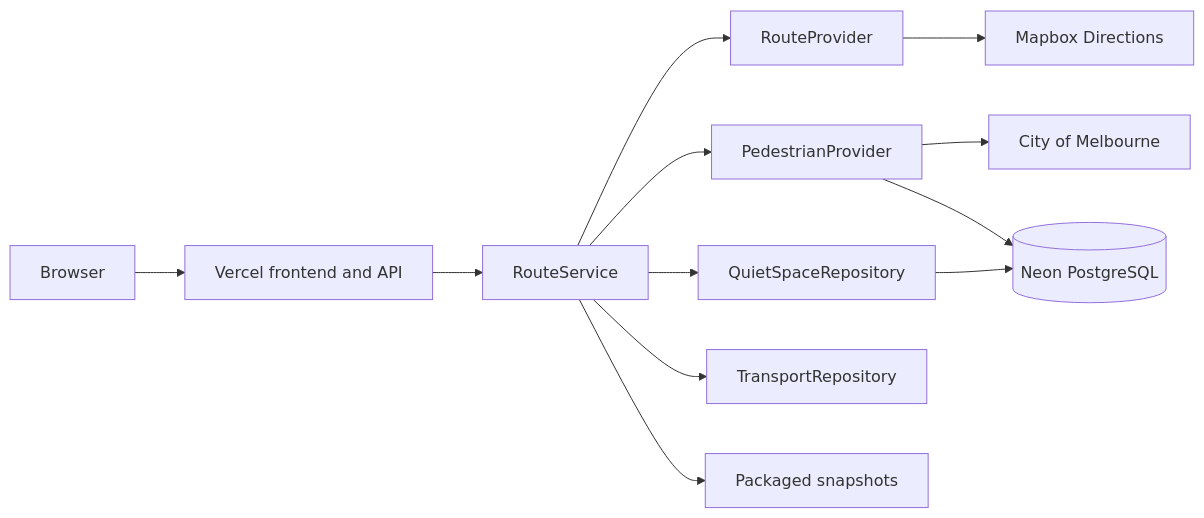
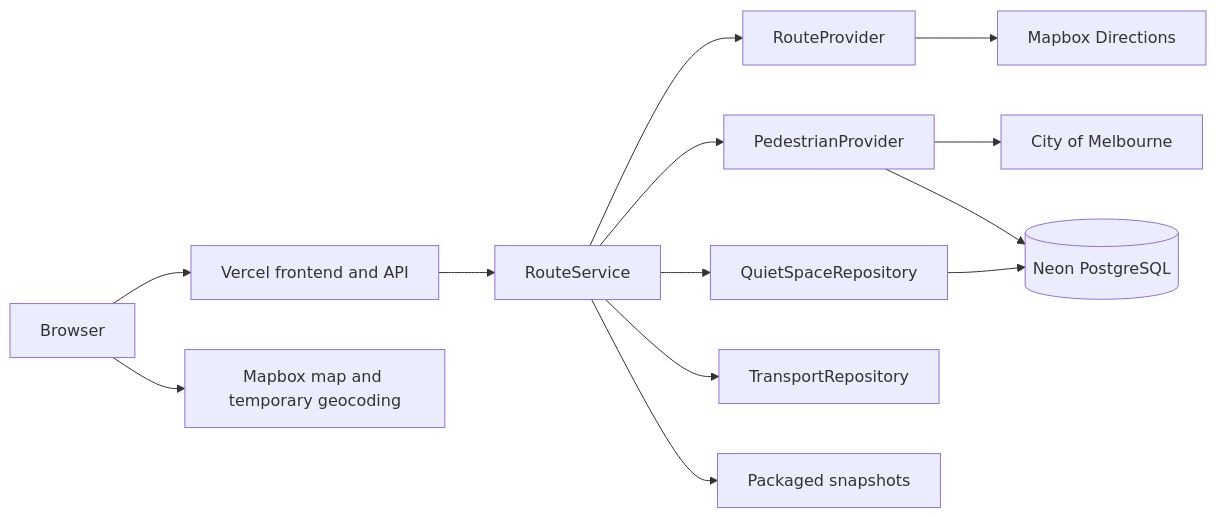
The diagram in documents/project/architecture.md (Xiangzhonglong/FIT5120-TE15-Sensory-Friendly-Melbourne), drawn with Mermaid before and after one commit. The commit also changed other lines of this file and 12 other files, not shown here.

````diff
--- a/documents/project/architecture.md
+++ b/documents/project/architecture.md
@@ -7,14 +7,15 @@
 ```mermaid
 flowchart LR
     U[Browser] --> V[Vercel frontend and API]
+    U --> MBP[Mapbox map and temporary geocoding]
     V --> RS[RouteService]
     RS --> RP[RouteProvider]
     RS --> PP[PedestrianProvider]
     RS --> QS[QuietSpaceRepository]
     RS --> TR[TransportRepository]
     RP --> MB[Mapbox Directions]
     PP --> COM[City of Melbourne]
     PP --> N[(Neon PostgreSQL)]
     QS --> N
     RS --> S[Packaged snapshots]
 ```
````
